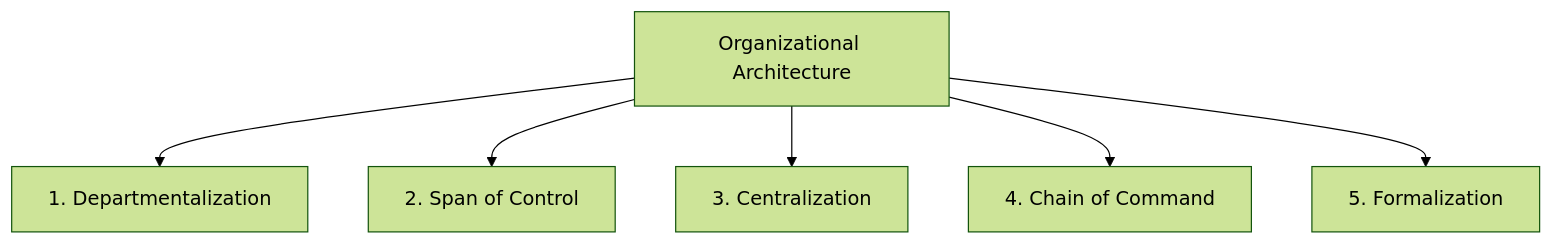
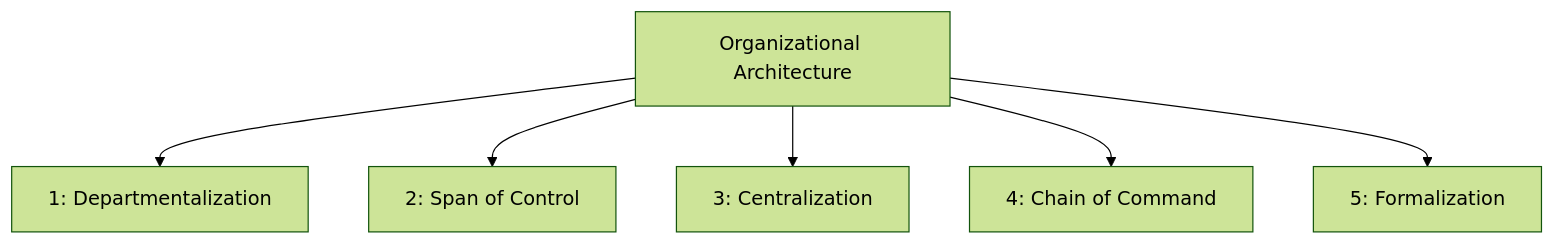
The fifth of 9 diagrams in Y1S2/AKW103 Introduction to Management.md (Fake1Doge/Obsidian-notes), drawn with Mermaid (forest theme) before and after one commit. The commit also changed other lines of this file and 2 other files, not shown here.

````diff
--- a/Y1S2/AKW103 Introduction to Management.md
+++ b/Y1S2/AKW103 Introduction to Management.md
@@ -1574,9 +1574,9 @@
 ```mermaid
 graph TD
-    A["Organizational Architecture"] --> B["1. Departmentalization"]
-    A --> C["2. Span of Control"]
-    A --> D["3. Centralization"]
-    A --> E["4. Chain of Command"]
-    A --> F["5. Formalization"]
+    A["Organizational Architecture"] --> B["1: Departmentalization"]
+    A --> C["2: Span of Control"]
+    A --> D["3: Centralization"]
+    A --> E["4: Chain of Command"]
+    A --> F["5: Formalization"]
     class B,C,D,E,F internal-link;
 ```
````
